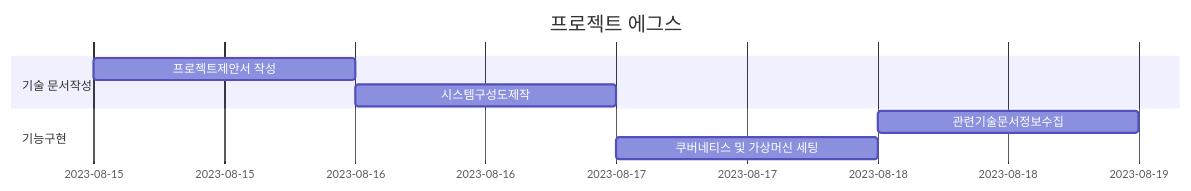
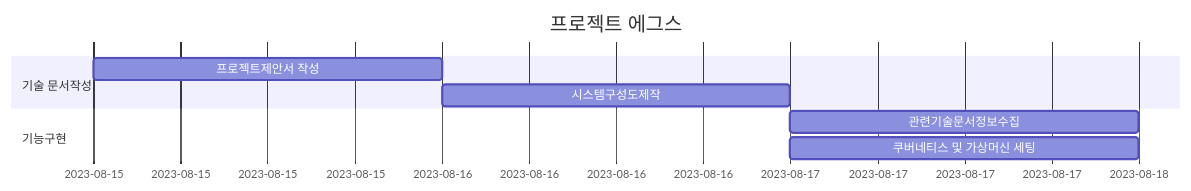
Before and after one commit to minjunkim5876/project_eggs: the diagram in README.md, drawn with Mermaid.

Commit message:
ㅇㅇㅇ

````diff
--- a/README.md
+++ b/README.md
@@ -4,12 +4,12 @@
 ```mermaid
 gantt
     title 프로젝트 에그스
     dateFormat  YYYY-MM-DD
     section 기술 문서작성
     프로젝트제안서 작성  : a1, 2023-8-15, 1d
     시스템구성도제작  : 2023-8-16, 1d
 
     section 기능구현
-    관련기술문서정보수집     : 2023-8-18  , 1d
+    관련기술문서정보수집     : 2023-8-17  , 1d
     쿠버네티스 및 가상머신 세팅 : 2023-8-17,  1d
 ```
````
